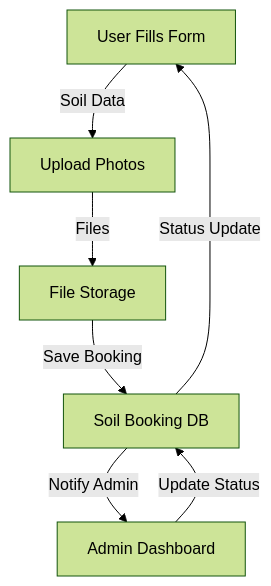
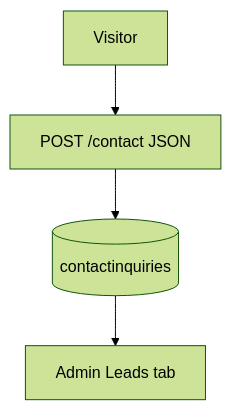
The eighth of 8 diagrams in docs/DFD.md (basantmahato/AgricultureManagementSystem), drawn with Mermaid (forest theme) before and after one commit. The commit also changed other lines of this file and 4 other files, not shown here.

````diff
--- a/docs/DFD.md
+++ b/docs/DFD.md
@@ -83,9 +110,6 @@
 ```mermaid
 graph TD
-    A[User Fills Form] -->|Soil Data| B[Upload Photos]
-    B -->|Files| C[File Storage]
-    C -->|Save Booking| D[Soil Booking DB]
-    D -->|Notify Admin| E[Admin Dashboard]
-    E -->|Update Status| D
-    D -->|Status Update| A
+    A[Visitor] --> B[POST /contact JSON]
+    B --> C[(contactinquiries)]
+    C --> D[Admin Leads tab]
 ```
````
